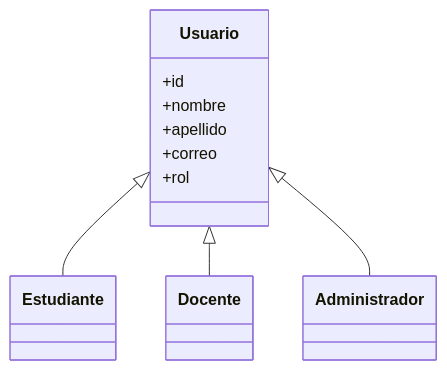
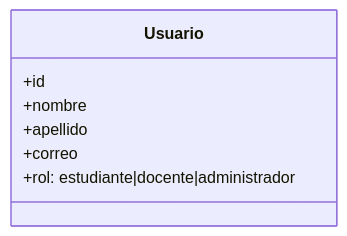
Before and after one commit to elunboundfiremail/WebAppAcademico: the third of 14 diagrams in README.md, drawn with Mermaid. The commit also changed other lines of this file, not shown here.

````diff
--- a/README.md
+++ b/README.md
@@ -142,16 +142,10 @@
 ```mermaid
 classDiagram
   class Usuario {
     +id
     +nombre
     +apellido
     +correo
-    +rol
+    +rol: estudiante|docente|administrador
   }
-  class Estudiante
-  class Docente
-  class Administrador
-  Usuario <|-- Estudiante
-  Usuario <|-- Docente
-  Usuario <|-- Administrador
 ```
````
